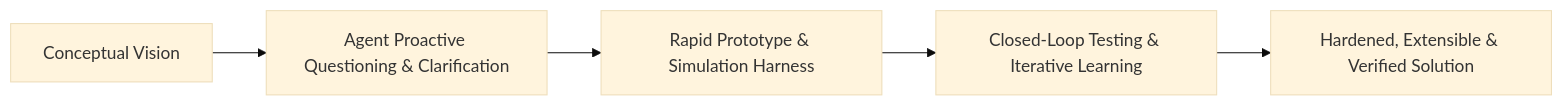
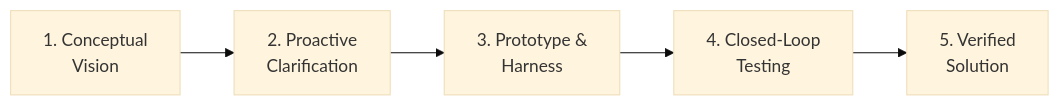
Before and after one commit to spelech/AgenticEngineeringToolbelt: the diagram in archetypes/fullstack-dotnet-react.md, drawn with Mermaid (base theme). The commit also changed 30 other files, not shown here.

Commit message:
fix(docs): resolve Mermaid foreignObject text clipping, optimize diagram aspect ratios, and add pan-zoom controller

````diff
--- a/archetypes/fullstack-dotnet-react.md
+++ b/archetypes/fullstack-dotnet-react.md
@@ -10,7 +10,7 @@
 ```mermaid
 flowchart LR
-    A["Conceptual Vision"] --> B["Agent Proactive Questioning & Clarification"]
-    B --> C["Rapid Prototype & Simulation Harness"]
-    C --> D["Closed-Loop Testing & Iterative Learning"]
-    D --> E["Hardened, Extensible & Verified Solution"]
+    A["1. Conceptual<br>Vision"] --> B["2. Proactive<br>Clarification"]
+    B --> C["3. Prototype &<br>Harness"]
+    C --> D["4. Closed-Loop<br>Testing"]
+    D --> E["5. Verified<br>Solution"]
 ```
````
